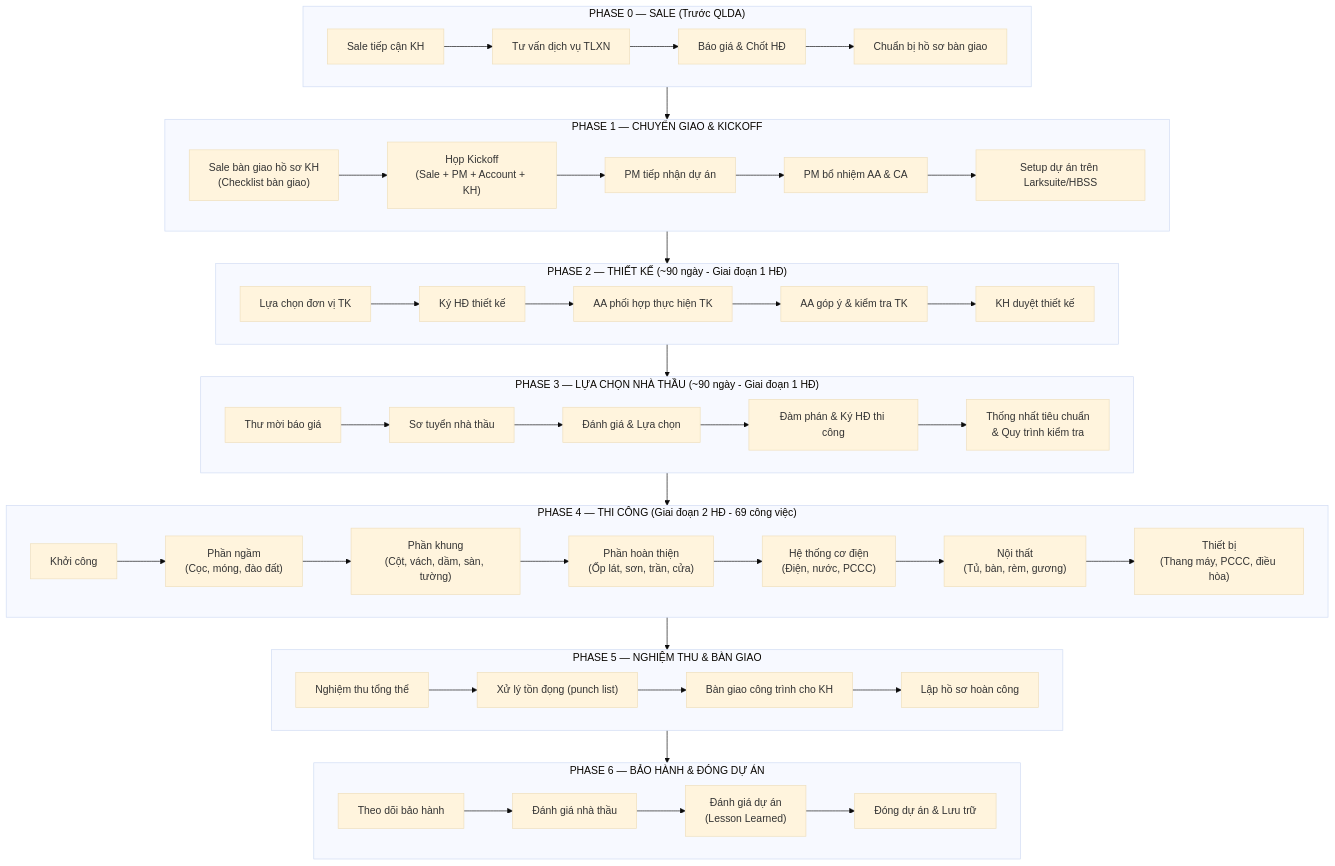
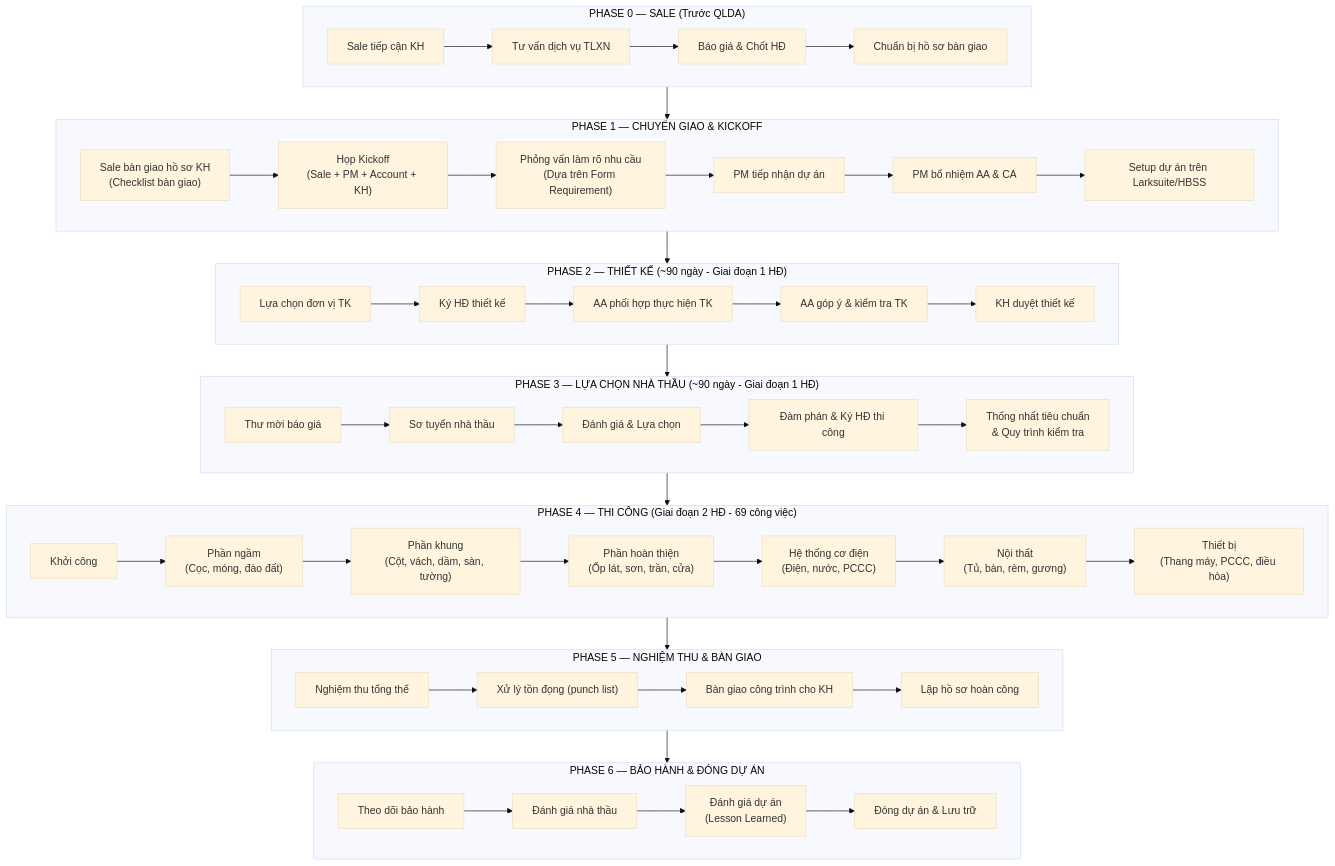
The diagram in 00-TONG-QUAN/flow-tong-the-du-an.md (namdh9939/SOP-QLDA-TLXN), drawn with Mermaid (base theme) before and after one commit. The commit also changed other lines of this file and 8 other files, not shown here.

Commit message:
Update SOP documents: Add Account roles, Form Requirement, and table formatting

````diff
--- a/00-TONG-QUAN/flow-tong-the-du-an.md
+++ b/00-TONG-QUAN/flow-tong-the-du-an.md
@@ -9,64 +9,65 @@
 ```mermaid
 flowchart TD
     subgraph PH0["PHASE 0 — SALE (Trước QLDA)"]
         S1["Sale tiếp cận KH"] --> S2["Tư vấn dịch vụ TLXN"]
         S2 --> S3["Báo giá & Chốt HĐ"]
         S3 --> S4["Chuẩn bị hồ sơ bàn giao"]
     end
 
     subgraph PH1["PHASE 1 — CHUYỂN GIAO & KICKOFF"]
         K1["Sale bàn giao hồ sơ KH<br/>(Checklist bàn giao)"]
         K2["Họp Kickoff<br/>(Sale + PM + Account + KH)"]
+        K2A["Phỏng vấn làm rõ nhu cầu<br/>(Dựa trên Form Requirement)"]
         K3["PM tiếp nhận dự án"]
         K4["PM bổ nhiệm AA & CA"]
         K5["Setup dự án trên Larksuite/HBSS"]
-        K1 --> K2 --> K3 --> K4 --> K5
+        K1 --> K2 --> K2A --> K3 --> K4 --> K5
     end
 
     subgraph PH2["PHASE 2 — THIẾT KẾ (~90 ngày - Giai đoạn 1 HĐ)"]
         D1["Lựa chọn đơn vị TK"]
         D2["Ký HĐ thiết kế"]
         D3["AA phối hợp thực hiện TK"]
         D4["AA góp ý & kiểm tra TK"]
         D5["KH duyệt thiết kế"]
         D1 --> D2 --> D3 --> D4 --> D5
     end
 
     subgraph PH3["PHASE 3 — LỰA CHỌN NHÀ THẦU (~90 ngày - Giai đoạn 1 HĐ)"]
         C1["Thư mời báo giá"]
         C2["Sơ tuyển nhà thầu"]
         C3["Đánh giá & Lựa chọn"]
         C4["Đàm phán & Ký HĐ thi công"]
         C5["Thống nhất tiêu chuẩn<br/>& Quy trình kiểm tra"]
         C1 --> C2 --> C3 --> C4 --> C5
     end
 
     subgraph PH4["PHASE 4 — THI CÔNG (Giai đoạn 2 HĐ - 69 công việc)"]
         T0["Khởi công"]
         T1["Phần ngầm<br/>(Cọc, móng, đào đất)"]
         T2["Phần khung<br/>(Cột, vách, dầm, sàn, tường)"]
         T3["Phần hoàn thiện<br/>(Ốp lát, sơn, trần, cửa)"]
         T4["Hệ thống cơ điện<br/>(Điện, nước, PCCC)"]
         T5["Nội thất<br/>(Tủ, bàn, rèm, gương)"]
         T6["Thiết bị<br/>(Thang máy, PCCC, điều hòa)"]
         T0 --> T1 --> T2 --> T3 --> T4 --> T5 --> T6
     end
 
     subgraph PH5["PHASE 5 — NGHIỆM THU & BÀN GIAO"]
         E1["Nghiệm thu tổng thể"]
         E2["Xử lý tồn đọng (punch list)"]
         E3["Bàn giao công trình cho KH"]
         E4["Lập hồ sơ hoàn công"]
         E1 --> E2 --> E3 --> E4
     end
 
     subgraph PH6["PHASE 6 — BẢO HÀNH & ĐÓNG DỰ ÁN"]
         F1["Theo dõi bảo hành"]
         F2["Đánh giá nhà thầu"]
         F3["Đánh giá dự án<br/>(Lesson Learned)"]
         F4["Đóng dự án & Lưu trữ"]
         F1 --> F2 --> F3 --> F4
     end
 
     PH0 --> PH1 --> PH2 --> PH3 --> PH4 --> PH5 --> PH6
 ```
````
